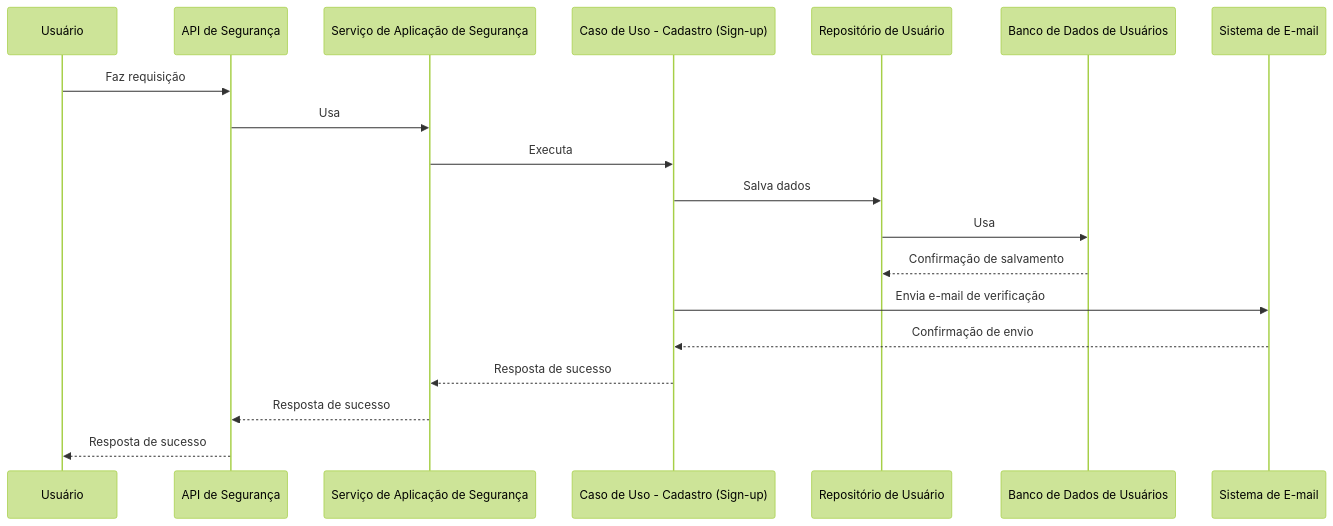
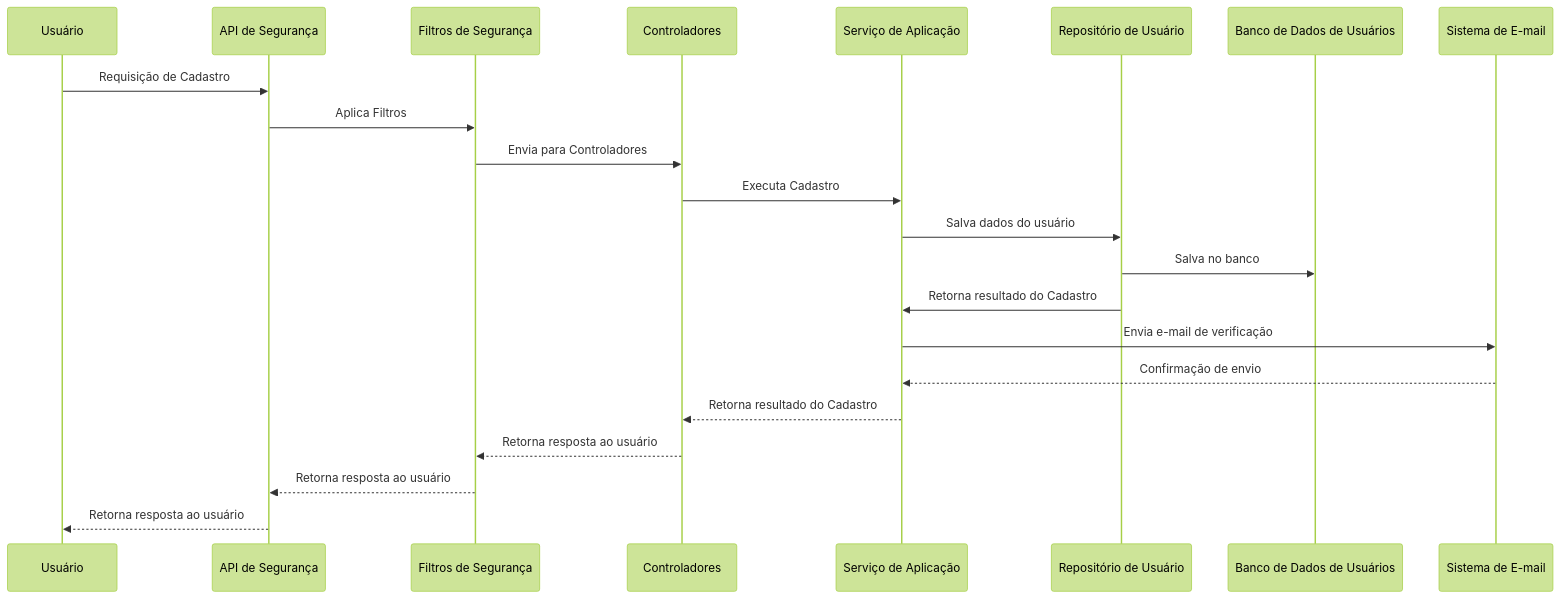
One commit to Open-3A/3A-c4-model changed the second of 3 diagrams in c3-components/back-end/security-module/README.md. Above: the diagram before and after it, drawn with Mermaid (forest theme). The commit also changed other lines of this file and 1 other file, not shown here.

Commit message:
feat(back-end): add filter chain layer security module

````diff
--- a/c3-components/back-end/security-module/README.md
+++ b/c3-components/back-end/security-module/README.md
@@ -32,22 +35,25 @@
 ```mermaid
 sequenceDiagram
-    participant user as Usuário
-    participant security_api as API de Segurança
-    participant security_service as Serviço de Aplicação de Segurança
-    participant signup_use_case as Caso de Uso - Cadastro (Sign-up)
-    participant user_repository as Repositório de Usuário
-    participant user_db as Banco de Dados de Usuários
-    participant mail as Sistema de E-mail
+    participant User as Usuário
+    participant SecurityAPI as API de Segurança
+    participant SecurityFilters as Filtros de Segurança
+    participant SecurityControllers as Controladores
+    participant SecurityService as Serviço de Aplicação
+    participant UserRepository as Repositório de Usuário
+    participant UserDB as Banco de Dados de Usuários
+    participant MailSystem as Sistema de E-mail
 
-    user->>security_api: Faz requisição
-    security_api->>security_service: Usa
-    security_service->>signup_use_case: Executa
-    signup_use_case->>user_repository: Salva dados
-    user_repository->>user_db: Usa
-    user_db-->>user_repository: Confirmação de salvamento
-    signup_use_case->>mail: Envia e-mail de verificação
-    mail-->>signup_use_case: Confirmação de envio
-    signup_use_case-->>security_service: Resposta de sucesso
-    security_service-->>security_api: Resposta de sucesso
-    security_api-->>user: Resposta de sucesso
+    User->>SecurityAPI: Requisição de Cadastro
+    SecurityAPI->>SecurityFilters: Aplica Filtros
+    SecurityFilters->>SecurityControllers: Envia para Controladores
+    SecurityControllers->>SecurityService: Executa Cadastro
+    SecurityService->>UserRepository: Salva dados do usuário
+    UserRepository->>UserDB: Salva no banco
+    UserRepository->>SecurityService: Retorna resultado do Cadastro
+    SecurityService->>MailSystem: Envia e-mail de verificação
+    MailSystem-->>SecurityService: Confirmação de envio
+    SecurityService-->>SecurityControllers: Retorna resultado do Cadastro
+    SecurityControllers-->>SecurityFilters: Retorna resposta ao usuário
+    SecurityFilters-->>SecurityAPI: Retorna resposta ao usuário
+    SecurityAPI-->>User: Retorna resposta ao usuário
 ```
````
